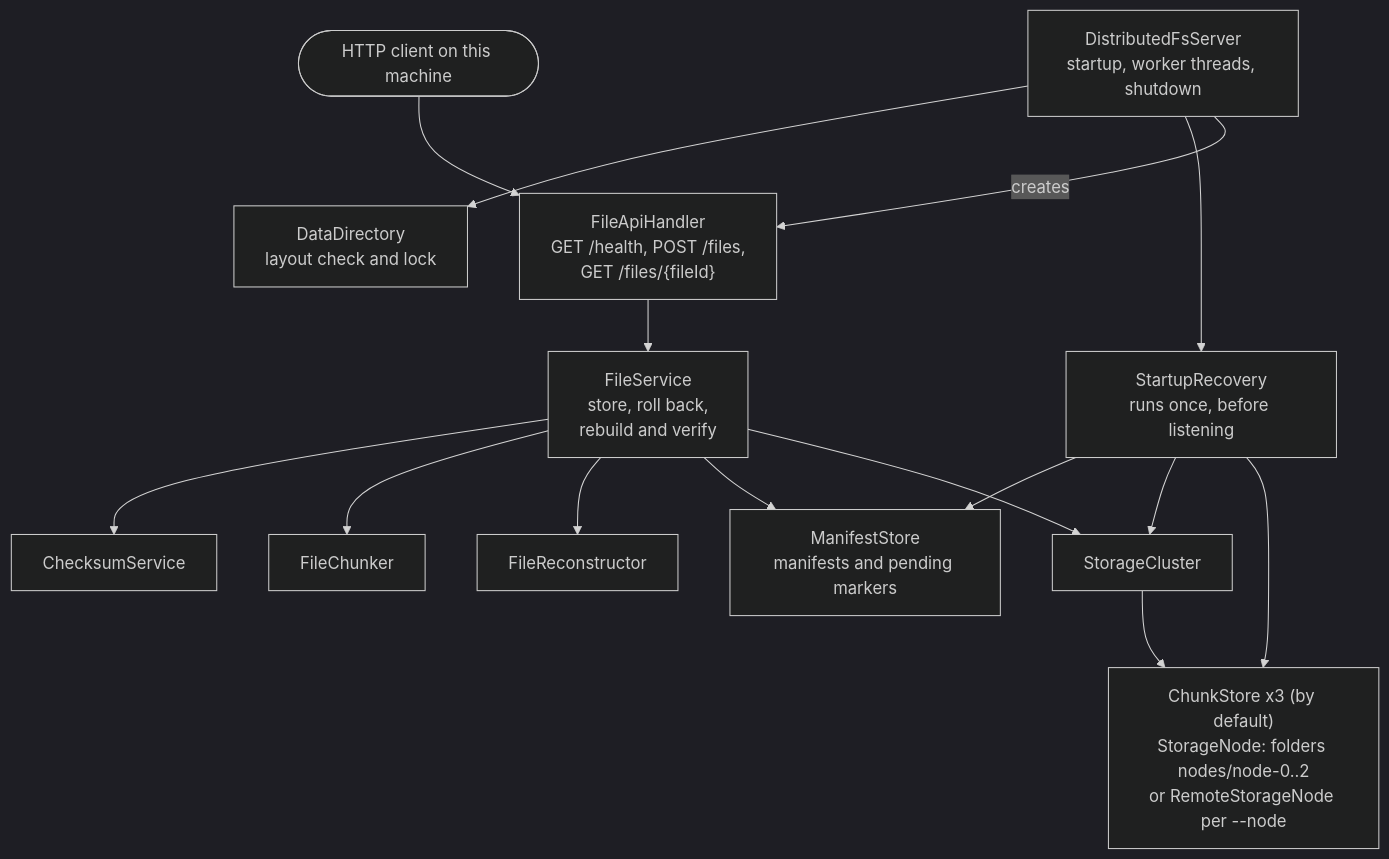
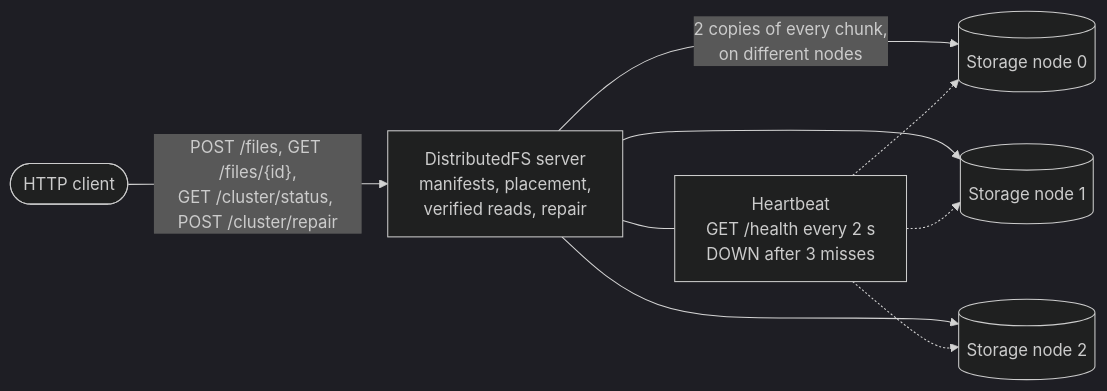
One commit to Manasva504/DistributedFS changed the diagram in README.md. Above: the diagram before and after it, drawn with Mermaid (dark theme). The commit also changed other lines of this file and 4 other files, not shown here.

````diff
--- a/README.md
+++ b/README.md
@@ -102,24 +13,18 @@
 ```mermaid
-flowchart TD
-    client(["HTTP client on this machine"])
-    server["DistributedFsServer<br/>startup, worker threads, shutdown"]
-    datadir["DataDirectory<br/>layout check and lock"]
-    recovery["StartupRecovery<br/>runs once, before listening"]
-    handler["FileApiHandler<br/>GET /health, POST /files,<br/>GET /files/{fileId}"]
-    service["FileService<br/>store, roll back,<br/>rebuild and verify"]
-    rebuilder["FileReconstructor"]
-    manifests["ManifestStore<br/>manifests and pending markers"]
-    checksum["ChecksumService"]
-    chunker["FileChunker"]
-    cluster["StorageCluster"]
-    nodes["ChunkStore x3 (by default)<br/>StorageNode: folders nodes/node-0..2<br/>or RemoteStorageNode per --node"]
+flowchart LR
+    client(["HTTP client"])
+    server["DistributedFS server<br/>manifests, placement,<br/>verified reads, repair"]
+    hb["Heartbeat<br/>GET /health every 2 s<br/>DOWN after 3 misses"]
+    n0[("Storage node 0")]
+    n1[("Storage node 1")]
+    n2[("Storage node 2")]
 
-    client --> handler
-    server --> datadir
-    server --> recovery
-    server -- "creates" --> handler
-    handler --> service
-    service --> checksum & chunker & rebuilder & manifests & cluster
-    recovery --> manifests & cluster & nodes
-    cluster --> nodes
+    client -- "POST /files, GET /files/{id},<br/>GET /cluster/status, POST /cluster/repair" --> server
+    server -- "2 copies of every chunk,<br/>on different nodes" --> n0
+    server --> n1
+    server --> n2
+    server --- hb
+    hb -.-> n0
+    hb -.-> n1
+    hb -.-> n2
 ```
````
